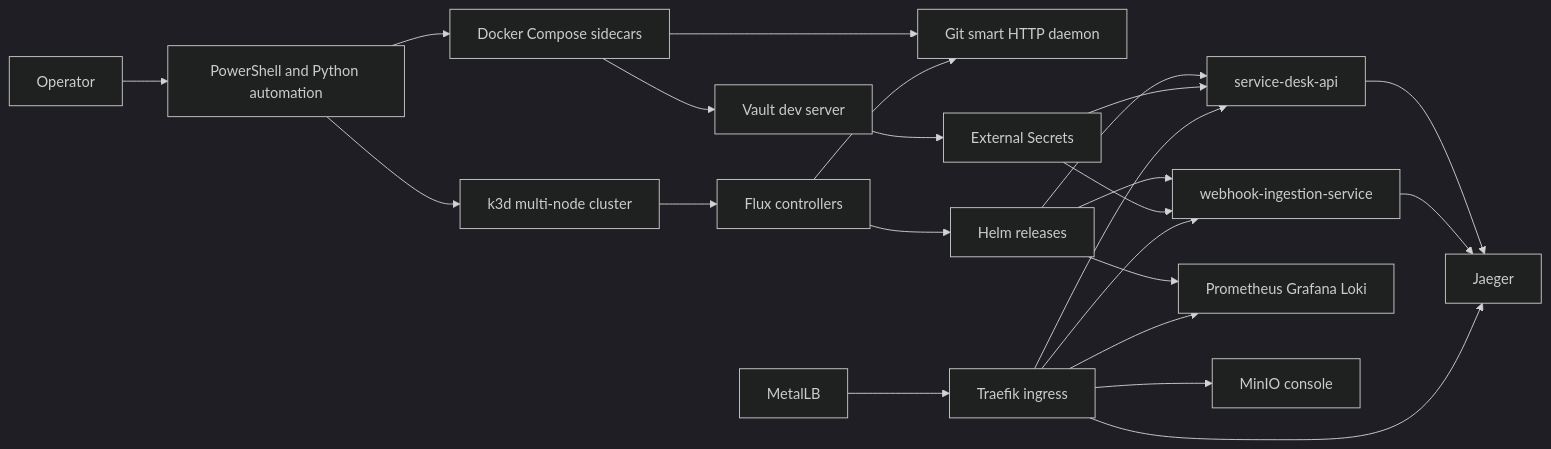
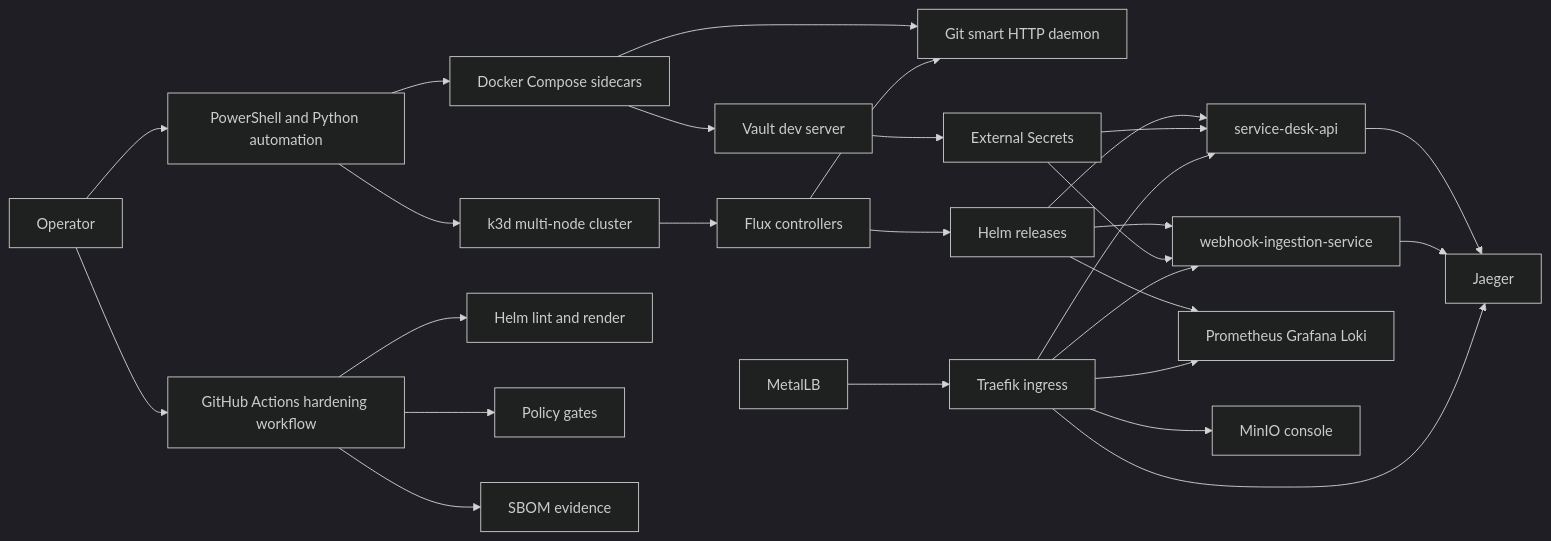
Before and after one commit to Mathias143000/enterprise-onprem-platform-lab: the first of 2 diagrams in docs/architecture.md, drawn with Mermaid (dark theme). The commit also changed other lines of this file and 2 other files, not shown here.

Commit message:
docs: document hardening wave one dod

````diff
--- a/docs/architecture.md
+++ b/docs/architecture.md
@@ -20,30 +21,35 @@
 ```mermaid
 flowchart LR
     Dev[Operator] --> Scripts[PowerShell and Python automation]
+    Dev --> CI[GitHub Actions hardening workflow]
     Scripts --> Docker[Docker Compose sidecars]
     Docker --> GitHTTP[Git smart HTTP daemon]
     Docker --> Vault[Vault dev server]
 
     Scripts --> K3d[k3d multi-node cluster]
     K3d --> Flux[Flux controllers]
     Flux --> GitHTTP
     Flux --> Helm[Helm releases]
 
     Helm --> SD[service-desk-api]
     Helm --> WH[webhook-ingestion-service]
     Helm --> Obs[Prometheus Grafana Loki]
 
     Vault --> ESO[External Secrets]
     ESO --> SD
     ESO --> WH
 
     SD --> Jaeger[Jaeger]
     WH --> Jaeger
 
     MetalLB[MetalLB] --> Traefik[Traefik ingress]
     Traefik --> SD
     Traefik --> WH
     Traefik --> Obs
     Traefik --> MinIO[MinIO console]
     Traefik --> Jaeger
+
+    CI --> Render[Helm lint and render]
+    CI --> Policy[Policy gates]
+    CI --> SBOM[SBOM evidence]
 ```
````
